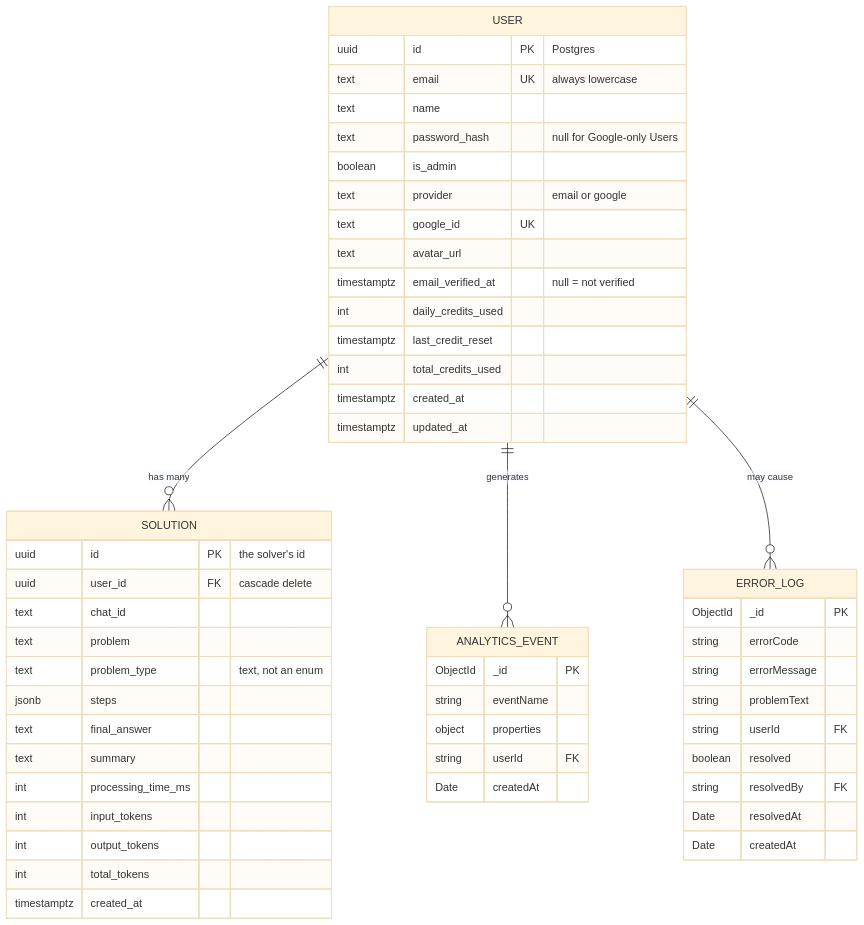
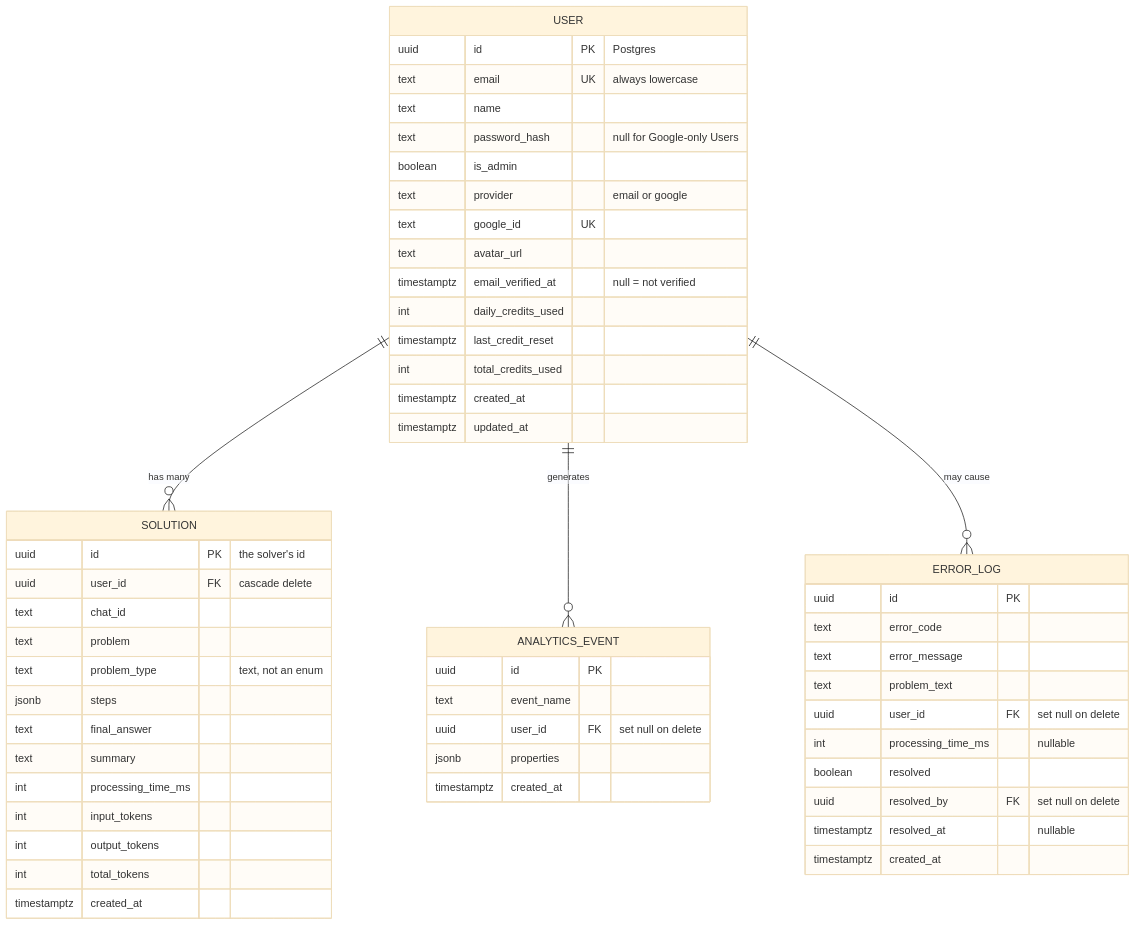
The sixth of 8 diagrams in docs/architecture.md (AbhishekBalija/MathGPT), drawn with Mermaid (base theme) before and after one commit. The commit also changed other lines of this file and 16 other files, not shown here.

````diff
--- a/docs/architecture.md
+++ b/docs/architecture.md
@@ -308,59 +307,60 @@
 ```mermaid
 erDiagram
     USER {
         uuid id PK "Postgres"
         text email UK "always lowercase"
         text name
         text password_hash "null for Google-only Users"
         boolean is_admin
         text provider "email or google"
         text google_id UK
         text avatar_url
         timestamptz email_verified_at "null = not verified"
         int daily_credits_used
         timestamptz last_credit_reset
         int total_credits_used
         timestamptz created_at
         timestamptz updated_at
     }
 
     SOLUTION {
         uuid id PK "the solver's id"
         uuid user_id FK "cascade delete"
         text chat_id
         text problem
         text problem_type "text, not an enum"
         jsonb steps
         text final_answer
         text summary
         int processing_time_ms
         int input_tokens
         int output_tokens
         int total_tokens
         timestamptz created_at
     }
 
     ANALYTICS_EVENT {
-        ObjectId _id PK
-        string eventName
-        object properties
-        string userId FK
-        Date createdAt
+        uuid id PK
+        text event_name
+        uuid user_id FK "set null on delete"
+        jsonb properties
+        timestamptz created_at
     }
 
     ERROR_LOG {
-        ObjectId _id PK
-        string errorCode
-        string errorMessage
-        string problemText
-        string userId FK
+        uuid id PK
+        text error_code
+        text error_message
+        text problem_text
+        uuid user_id FK "set null on delete"
+        int processing_time_ms "nullable"
         boolean resolved
-        string resolvedBy FK
-        Date resolvedAt
-        Date createdAt
+        uuid resolved_by FK "set null on delete"
+        timestamptz resolved_at "nullable"
+        timestamptz created_at
     }
 
     USER ||--o{ SOLUTION : "has many"
     USER ||--o{ ANALYTICS_EVENT : "generates"
     USER ||--o{ ERROR_LOG : "may cause"
 ```
````
